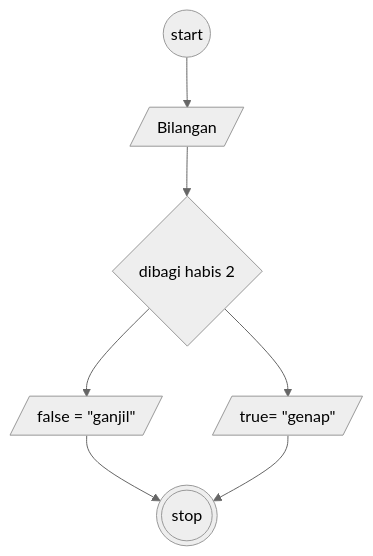
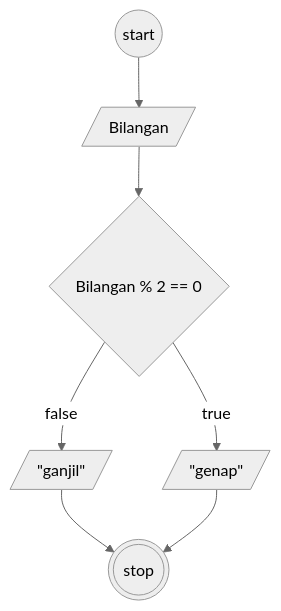
One commit to MuhammadWahyuPratama/koda-b8-algoritma changed the diagram in ganjil-genap.md. Above: the diagram before and after it, drawn with Mermaid (neutral theme). The commit also changed other lines of this file, not shown here.

````diff
--- a/ganjil-genap.md
+++ b/ganjil-genap.md
@@ -17,14 +17,14 @@
 ```mermaid
 flowchart TD
 
 start@{shape: circle, label: "start"}
 bilangan@{shape : lean-r , label: "Bilangan"}
-proses@{shape: diamond, label: "dibagi habis 2"}
-hasil@{shape: lean-r , label: true= "genap"}
-hasil2@{shape: lean-r , label: false = "ganjil"}
+proses@{shape: diamond, label: "Bilangan % 2 == 0"}
+hasil@{shape: lean-r , label: '"genap"'}
+hasil2@{shape: lean-r , label: '"ganjil"' }
 selesai@{shape: dbl-circ, label: "stop"}
 
-start-->bilangan-->proses-->hasil
-proses-->hasil2-->selesai
+start-->bilangan-->proses--true-->hasil
+proses--false-->hasil2-->selesai
 hasil-->selesai
 ```
````
